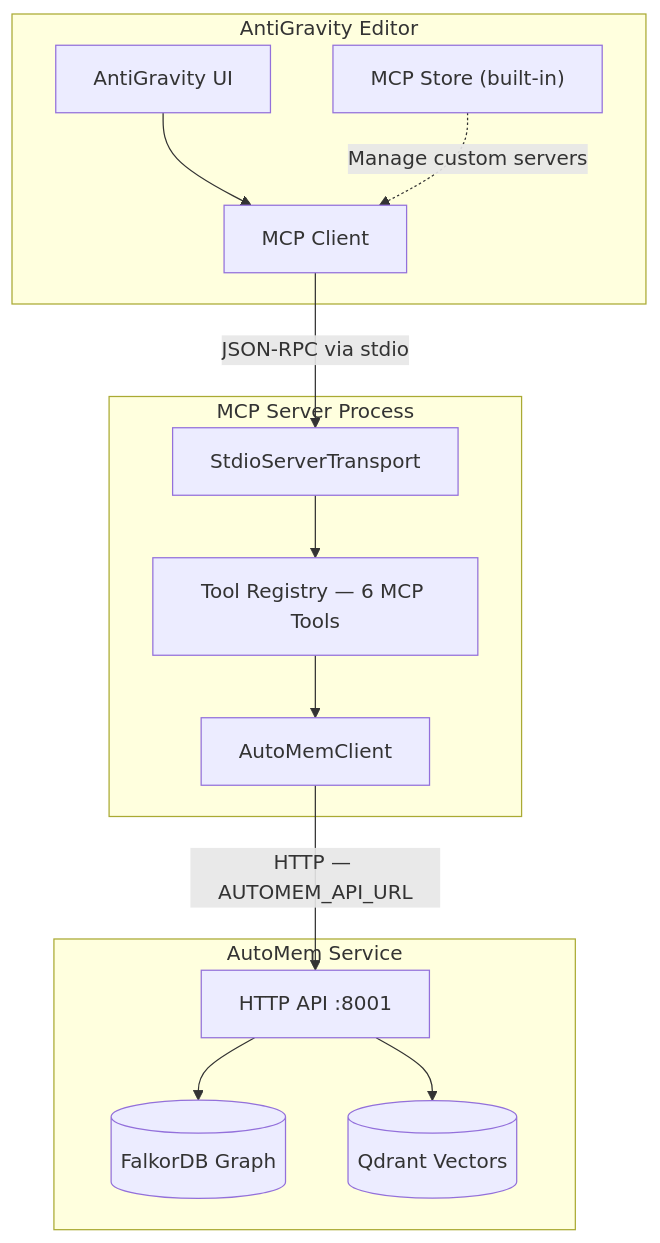
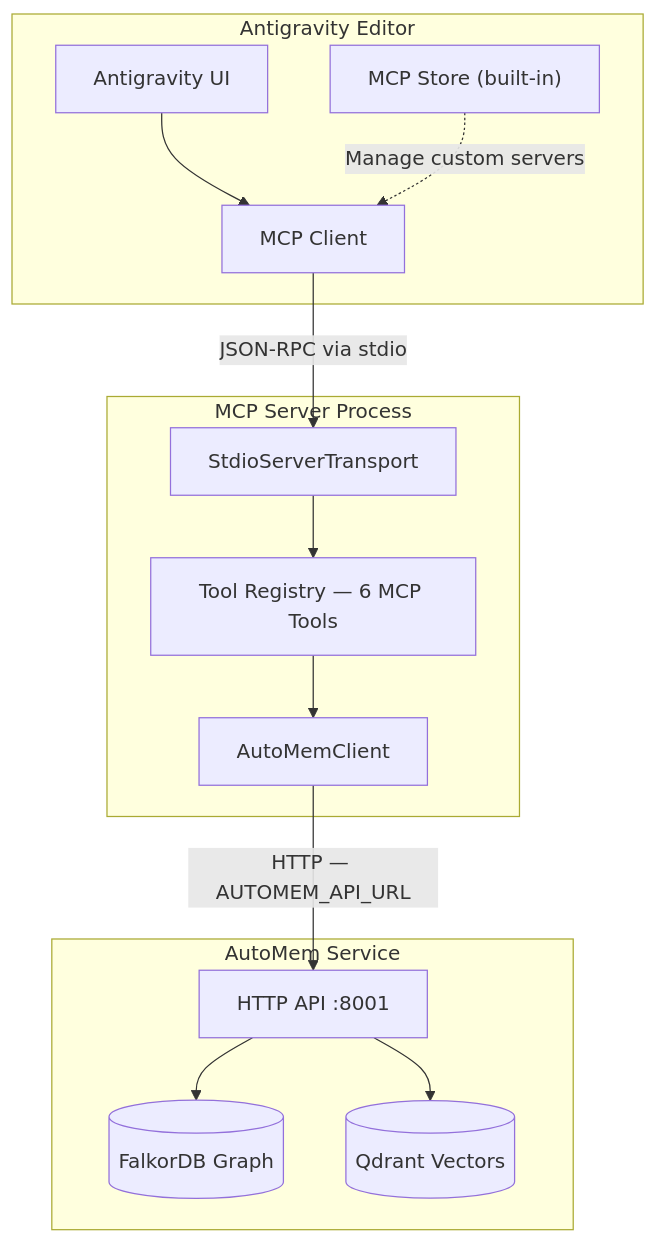
One commit to verygoodplugins/automem-website changed the diagram in src/content/docs/docs/platforms/antigravity.md. Above: the diagram before and after it, drawn with Mermaid. The commit also changed other lines of this file and 33 other files, not shown here.

````diff
--- a/src/content/docs/docs/platforms/antigravity.md
+++ b/src/content/docs/docs/platforms/antigravity.md
@@ -18,29 +18,29 @@
 ```mermaid
 graph TB
-    subgraph "AntiGravity Editor"
-        UI["AntiGravity UI"]
+    subgraph "Antigravity Editor"
+        UI["Antigravity UI"]
         STORE["MCP Store (built-in)"]
         MCP_CLIENT["MCP Client"]
     end
 
     subgraph "MCP Server Process"
         STDIO["StdioServerTransport"]
         TOOLS["Tool Registry — 6 MCP Tools"]
         CLIENT["AutoMemClient"]
     end
 
     subgraph "AutoMem Service"
         API["HTTP API :8001"]
         FALKOR[("FalkorDB Graph")]
         QDRANT[("Qdrant Vectors")]
     end
 
     UI --> MCP_CLIENT
     STORE -.->|"Manage custom servers"| MCP_CLIENT
     MCP_CLIENT -->|"JSON-RPC via stdio"| STDIO
     STDIO --> TOOLS
     TOOLS --> CLIENT
     CLIENT -->|"HTTP — AUTOMEM_API_URL"| API
     API --> FALKOR
     API --> QDRANT
 ```
````
